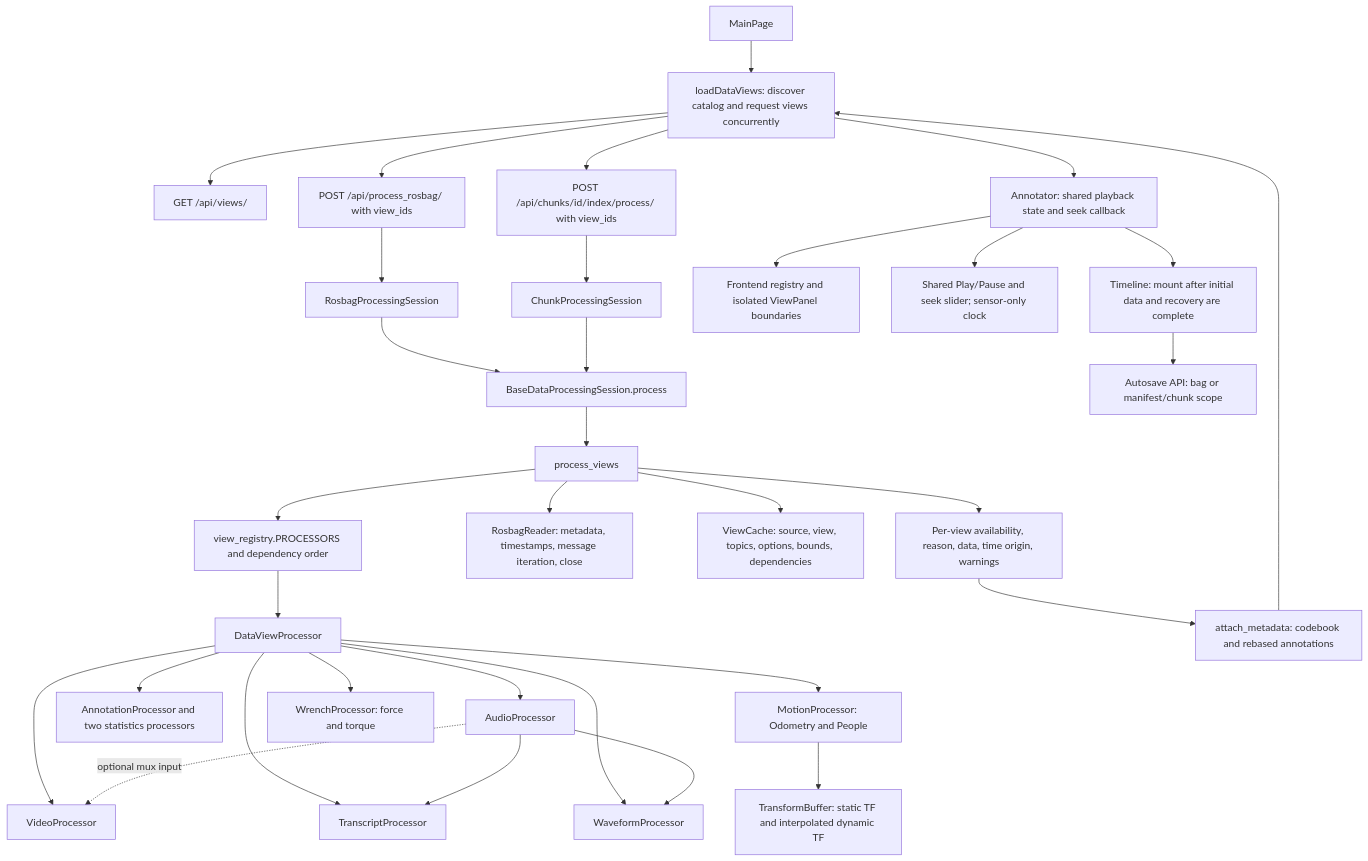
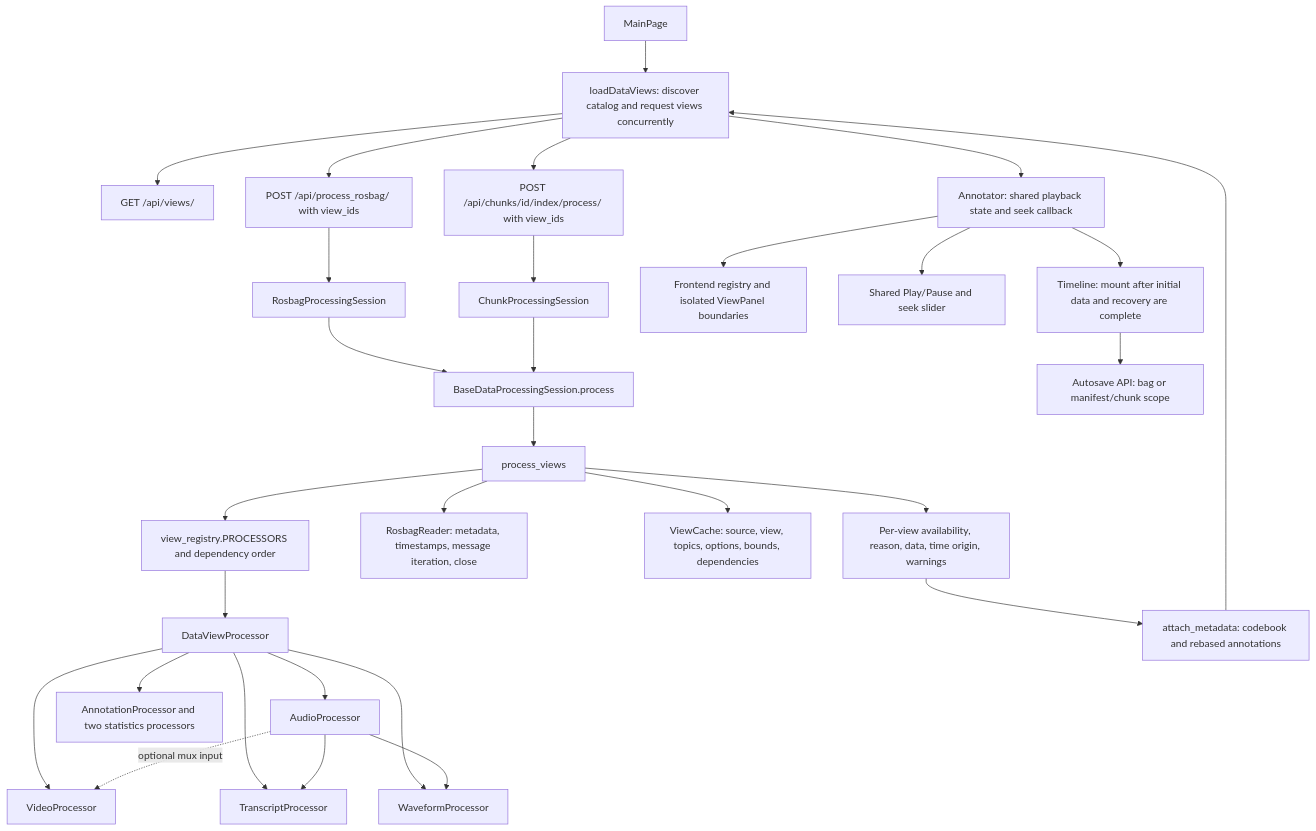
Before and after one commit to CHRI-Lab/ROSAnnotator: the first of 2 diagrams in docs/design-diagram.md, drawn with Mermaid. The commit also changed 19 other files, not shown here.

Commit message:
Separate motion and wrench views from data view refactoring

````diff
--- a/docs/design-diagram.md
+++ b/docs/design-diagram.md
@@ -5,35 +5,32 @@
 ```mermaid
 flowchart TD
     Main[MainPage] --> Loader[loadDataViews: discover catalog and request views concurrently]
     Loader --> Catalog[GET /api/views/]
     Loader --> Whole[POST /api/process_rosbag/ with view_ids]
     Loader --> Chunk[POST /api/chunks/id/index/process/ with view_ids]
     Whole --> WS[RosbagProcessingSession]
     Chunk --> CS[ChunkProcessingSession]
     WS --> Base[BaseDataProcessingSession.process]
     CS --> Base
     Base --> Workflow[process_views]
     Workflow --> Registry[view_registry.PROCESSORS and dependency order]
     Workflow --> Reader[RosbagReader: metadata, timestamps, message iteration, close]
     Workflow --> Cache[ViewCache: source, view, topics, options, bounds, dependencies]
     Registry --> Parent[DataViewProcessor]
     Parent --> Audio[AudioProcessor]
     Parent --> Video[VideoProcessor]
     Parent --> Transcript[TranscriptProcessor]
     Parent --> Waveform[WaveformProcessor]
     Parent --> Annotation[AnnotationProcessor and two statistics processors]
-    Parent --> Motion[MotionProcessor: Odometry and People]
-    Parent --> Wrench[WrenchProcessor: force and torque]
-    Motion --> TF[TransformBuffer: static TF and interpolated dynamic TF]
     Audio -. optional mux input .-> Video
     Audio --> Transcript
     Audio --> Waveform
     Workflow --> Contract[Per-view availability, reason, data, time origin, warnings]
     Contract --> Metadata[attach_metadata: codebook and rebased annotations]
     Metadata --> Loader
     Loader --> Annotator[Annotator: shared playback state and seek callback]
     Annotator --> Panels[Frontend registry and isolated ViewPanel boundaries]
-    Annotator --> Clock[Shared Play/Pause and seek slider; sensor-only clock]
+    Annotator --> Clock[Shared Play/Pause and seek slider]
     Annotator --> Timeline[Timeline: mount after initial data and recovery are complete]
     Timeline --> Recovery[Autosave API: bag or manifest/chunk scope]
 ```
````
